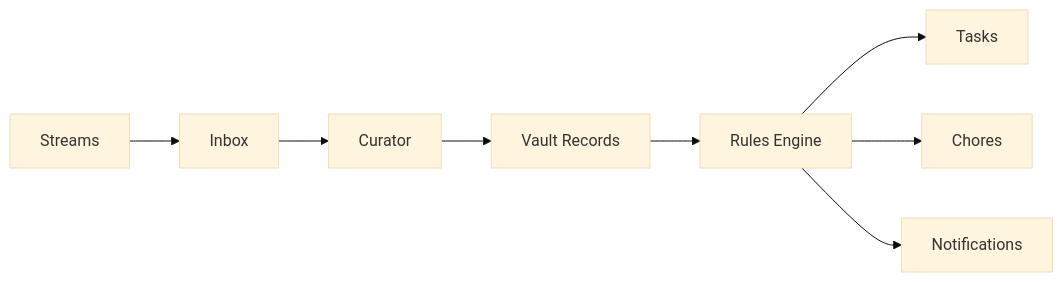
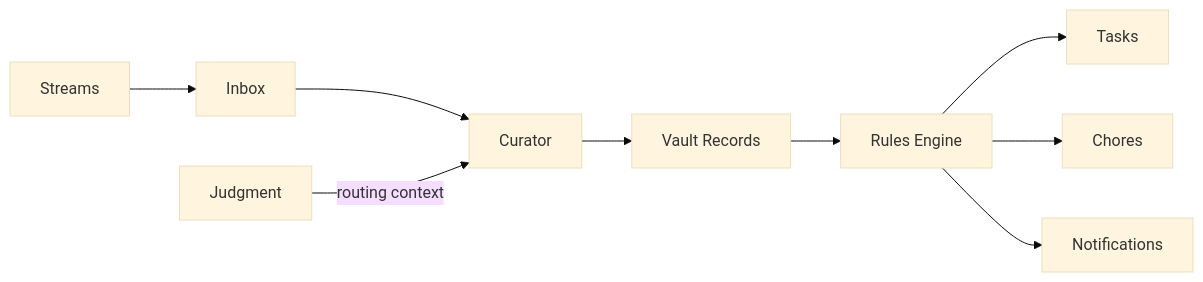
One commit to ssdavidai/alfred-documentation changed the diagram in architecture/kinetic.mdx. Above: the diagram before and after it, drawn with Mermaid (base theme). The commit also changed other lines of this file and 5 other files, not shown here.

````diff
--- a/architecture/kinetic.mdx
+++ b/architecture/kinetic.mdx
@@ -62,10 +62,11 @@
 ```mermaid
 graph LR
     A[Streams] --> B[Inbox]
     B --> C[Curator]
     C --> D[Vault Records]
     D --> E[Rules Engine]
     E --> F[Tasks]
     E --> G[Chores]
     E --> H[Notifications]
+    I[Judgment] -->|routing context| C
 ```
````
